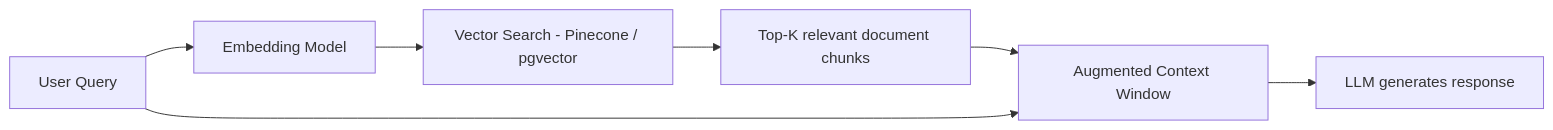
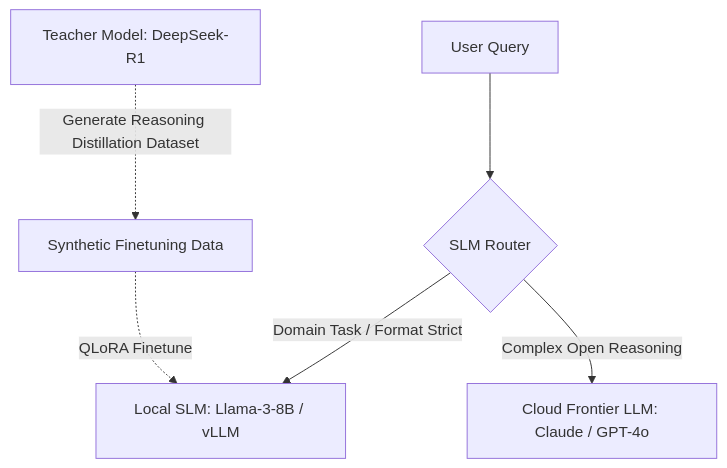
One commit to vesviet/vesviet changed the diagram in content/posts/slm-fine-tune-vs-prompt-engineering.md. Above: the diagram before and after it, drawn with Mermaid. The commit also changed other lines of this file and 160 other files, not shown here.

````diff
--- a/content/posts/slm-fine-tune-vs-prompt-engineering.md
+++ b/content/posts/slm-fine-tune-vs-prompt-engineering.md
@@ -155,9 +74,8 @@
 ```mermaid
-graph LR
-    Q[User Query] --> EMBED[Embedding Model]
-    EMBED --> VS[Vector Search - Pinecone / pgvector]
-    VS --> CHUNKS[Top-K relevant document chunks]
-    CHUNKS --> CONTEXT[Augmented Context Window]
-    Q --> CONTEXT
-    CONTEXT --> LLM[LLM generates response]
+graph TD
+    Request[User Query] --> Router{SLM Router}
+    Router -- "Domain Task / Format Strict" --> Local[Local SLM: Llama-3-8B / vLLM]
+    Router -- "Complex Open Reasoning" --> Cloud[Cloud Frontier LLM: Claude / GPT-4o]
+    Teacher[Teacher Model: DeepSeek-R1] -.->|Generate Reasoning Distillation Dataset| Dataset[Synthetic Finetuning Data]
+    Dataset -.->|QLoRA Finetune| Local
 ```
````
